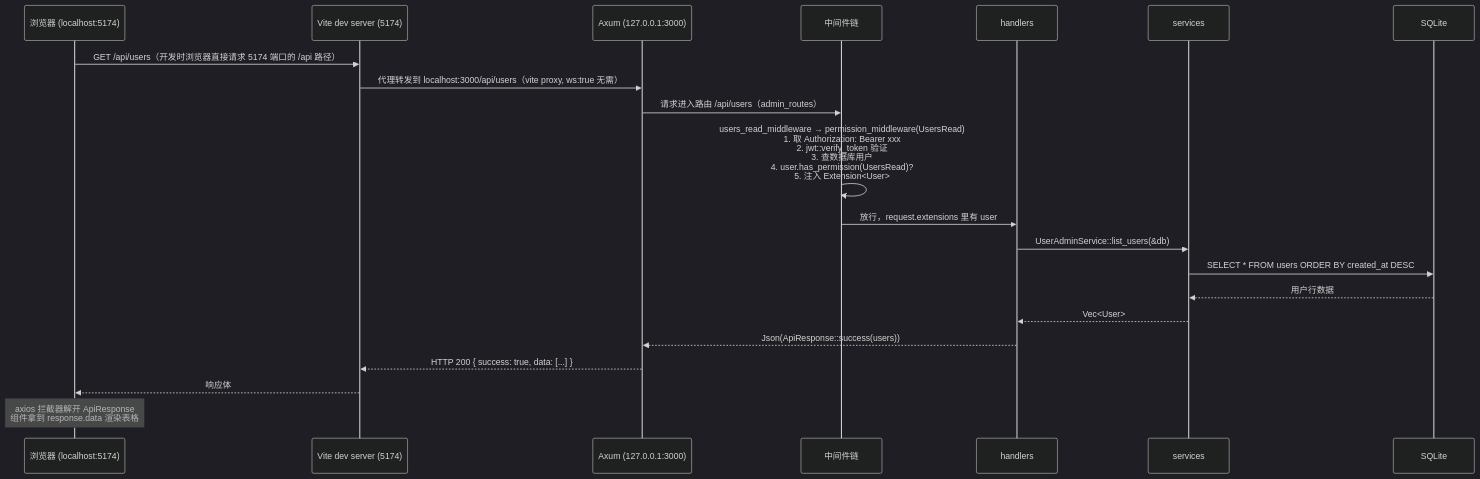
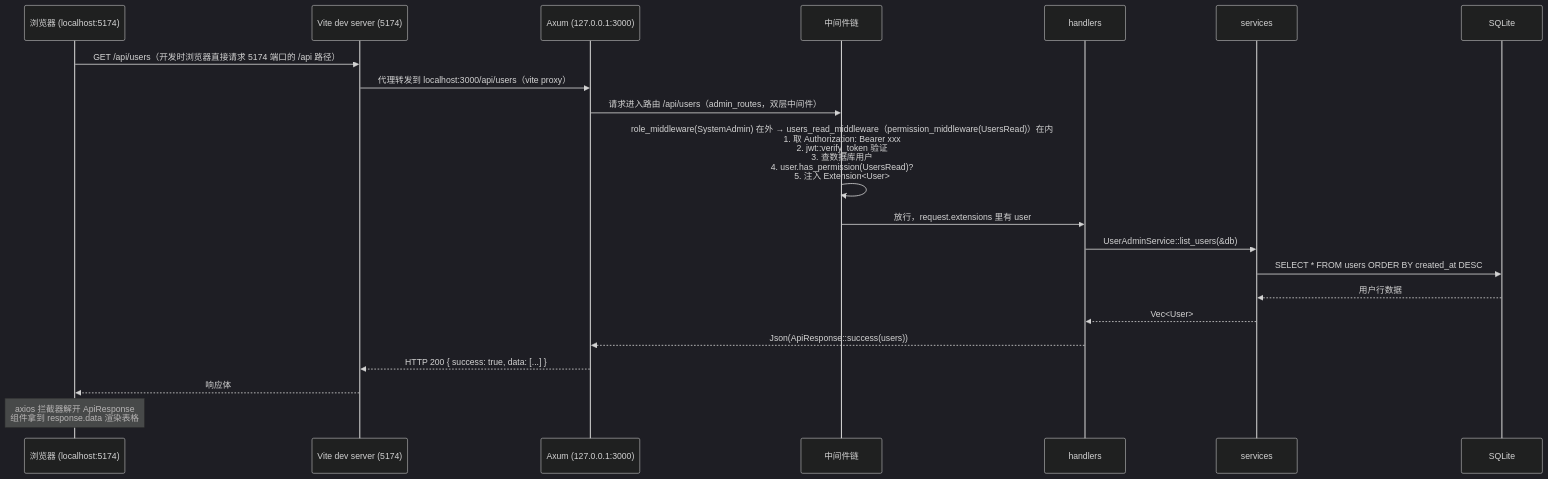
The fifth of 17 diagrams in docs/tutorial/01-项目全景.md (3123958139/RustWeb-Vue), drawn with Mermaid (dark theme) before and after one commit. The commit also changed other lines of this file and 8 other files, not shown here.

````diff
--- a/docs/tutorial/01-项目全景.md
+++ b/docs/tutorial/01-项目全景.md
@@ -279,23 +305,23 @@
 ```mermaid
 sequenceDiagram
     participant B as 浏览器 (localhost:5174)
     participant V as Vite dev server (5174)
     participant A as Axum (127.0.0.1:3000)
     participant M as 中间件链
     participant H as handlers
     participant S as services
     participant D as SQLite
     B->>V: GET /api/users（开发时浏览器直接请求 5174 端口的 /api 路径）
-    V->>A: 代理转发到 localhost:3000/api/users（vite proxy, ws:true 无需）
-    A->>M: 请求进入路由 /api/users（admin_routes）
-    M->>M: users_read_middleware → permission_middleware(UsersRead) <br/> 1. 取 Authorization: Bearer xxx<br/> 2. jwt::verify_token 验证<br/> 3. 查数据库用户<br/> 4. user.has_permission(UsersRead)?<br/> 5. 注入 Extension<User>
+    V->>A: 代理转发到 localhost:3000/api/users（vite proxy）
+    A->>M: 请求进入路由 /api/users（admin_routes，双层中间件）
+    M->>M: role_middleware(SystemAdmin) 在外 → users_read_middleware（permission_middleware(UsersRead)）在内<br/> 1. 取 Authorization: Bearer xxx<br/> 2. jwt::verify_token 验证<br/> 3. 查数据库用户<br/> 4. user.has_permission(UsersRead)?<br/> 5. 注入 Extension<User>
     M->>H: 放行，request.extensions 里有 user
     H->>S: UserAdminService::list_users(&db)
     S->>D: SELECT * FROM users ORDER BY created_at DESC
     D-->>S: 用户行数据
     S-->>H: Vec<User>
     H-->>A: Json(ApiResponse::success(users))
     A-->>V: HTTP 200 { success: true, data: [...] }
     V-->>B: 响应体
     Note over B: axios 拦截器解开 ApiResponse<br/>组件拿到 response.data 渲染表格
 ```
````
